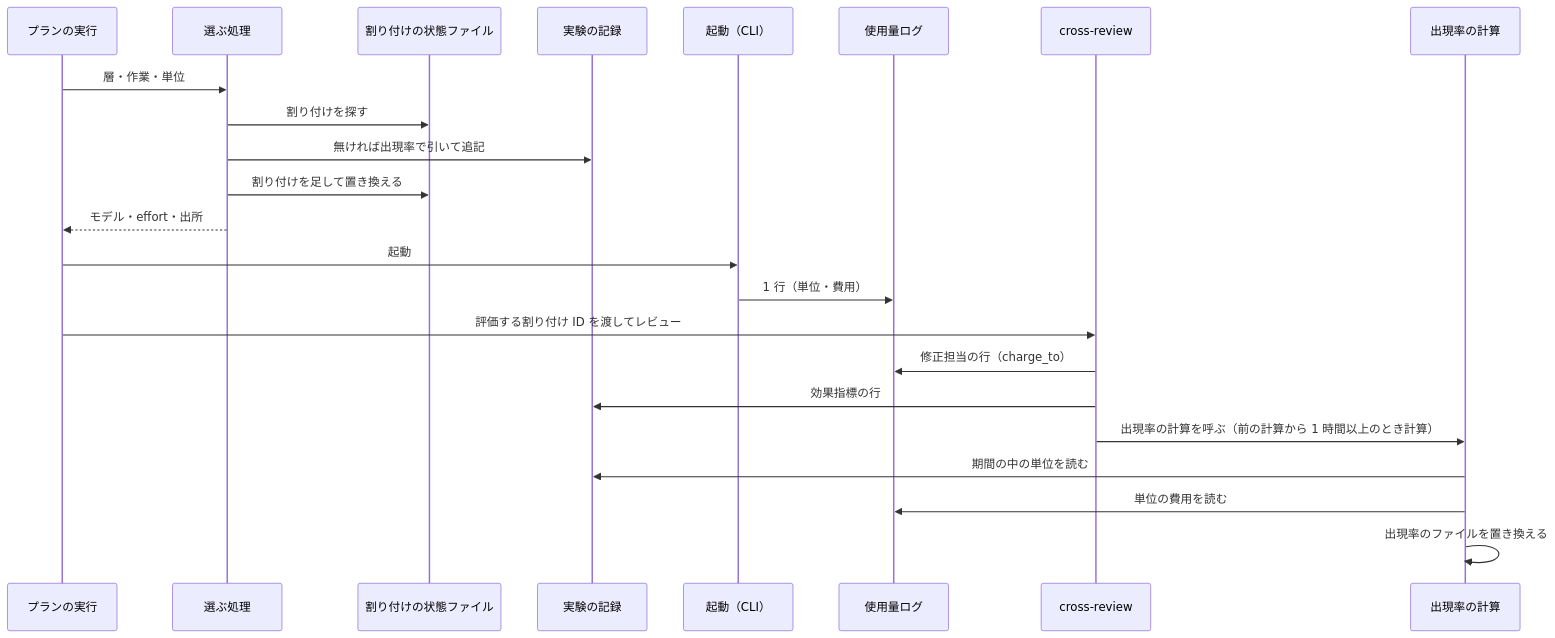
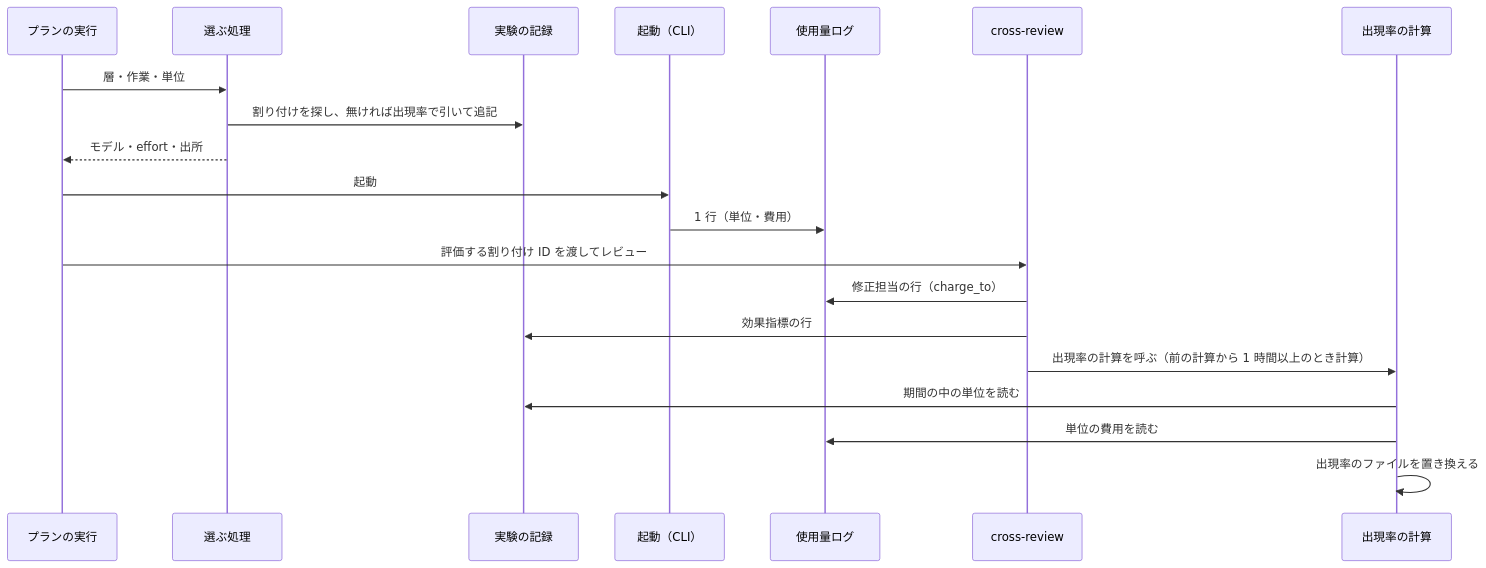
One commit to devbasex/ai-plugins changed the fourth of 4 diagrams in issues/issue-2944-design.md. Above: the diagram before and after it, drawn with Mermaid. The commit also changed other lines of this file and 4 other files, not shown here.

````diff
--- a/issues/issue-2944-design.md
+++ b/issues/issue-2944-design.md
@@ -698,25 +400,22 @@
 ```mermaid
 sequenceDiagram
     participant R as プランの実行
     participant S as 選ぶ処理
-    participant Q as 割り付けの状態ファイル
     participant X as 実験の記録
     participant C as 起動（CLI）
     participant U as 使用量ログ
     participant V as cross-review
     participant B as 出現率の計算
     R->>S: 層・作業・単位
-    S->>Q: 割り付けを探す
-    S->>X: 無ければ出現率で引いて追記
-    S->>Q: 割り付けを足して置き換える
+    S->>X: 割り付けを探し、無ければ出現率で引いて追記
     S-->>R: モデル・effort・出所
     R->>C: 起動
     C->>U: 1 行（単位・費用）
     R->>V: 評価する割り付け ID を渡してレビュー
     V->>U: 修正担当の行（charge_to）
     V->>X: 効果指標の行
     V->>B: 出現率の計算を呼ぶ（前の計算から 1 時間以上のとき計算）
     B->>X: 期間の中の単位を読む
     B->>U: 単位の費用を読む
     B->>B: 出現率のファイルを置き換える
 ```
````
